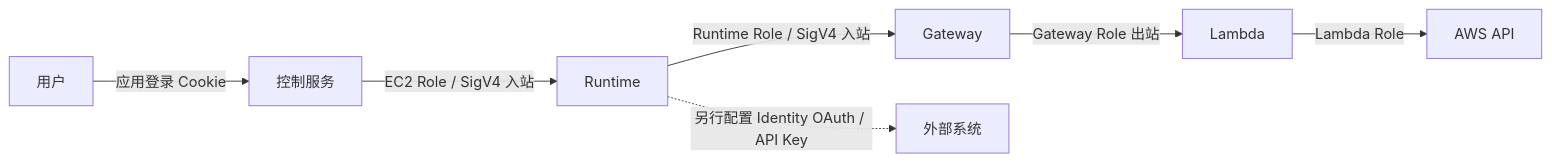
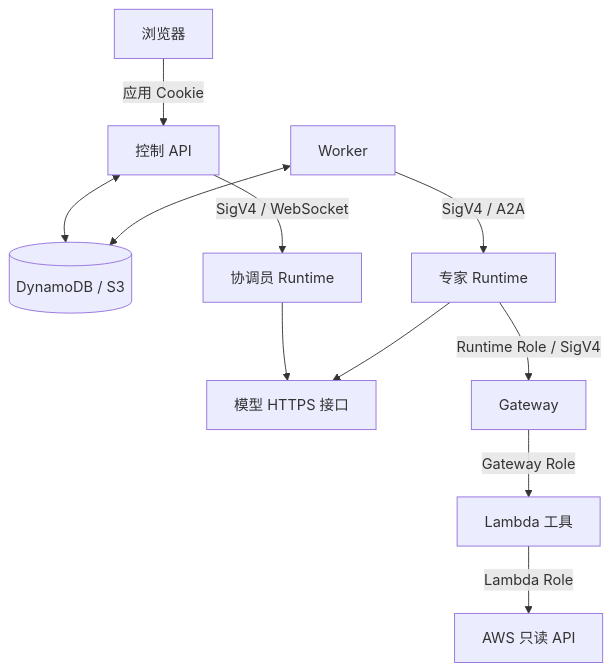
The diagram in docs/01-architecture.md (zjinsong/CloudOps-AgentCore-China), drawn with Mermaid before and after one commit. The commit also changed other lines of this file and 18 other files, not shown here.

Commit message:
docs: streamline customer architecture deployment testing and cleanup guides

````diff
--- a/docs/01-architecture.md
+++ b/docs/01-architecture.md
@@ -23,9 +17,13 @@
 ```mermaid
-flowchart LR
-    U[用户] -->|应用登录 Cookie| C[控制服务]
-    C -->|EC2 Role / SigV4 入站| R[Runtime]
-    R -->|Runtime Role / SigV4 入站| G[Gateway]
-    G -->|Gateway Role 出站| L[Lambda]
-    L -->|Lambda Role| A[AWS API]
-    R -.->|另行配置 Identity OAuth / API Key| X[外部系统]
+flowchart TD
+    U[浏览器] -->|应用 Cookie| W[控制 API]
+    W <--> D[(DynamoDB / S3)]
+    K[Worker] <--> D
+    W -->|SigV4 / WebSocket| C[协调员 Runtime]
+    K -->|SigV4 / A2A| E[专家 Runtime]
+    C --> M[模型 HTTPS 接口]
+    E --> M
+    E -->|Runtime Role / SigV4| G[Gateway]
+    G -->|Gateway Role| L[Lambda 工具]
+    L -->|Lambda Role| A[AWS 只读 API]
 ```
````
